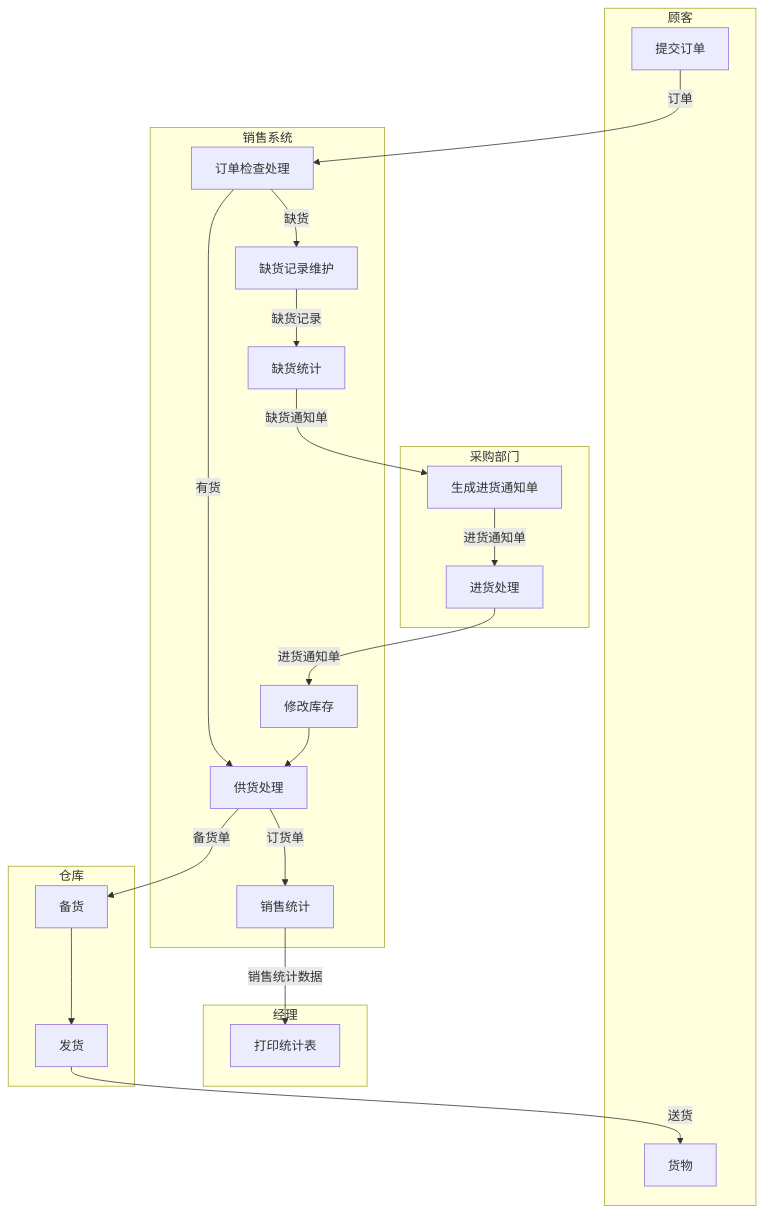
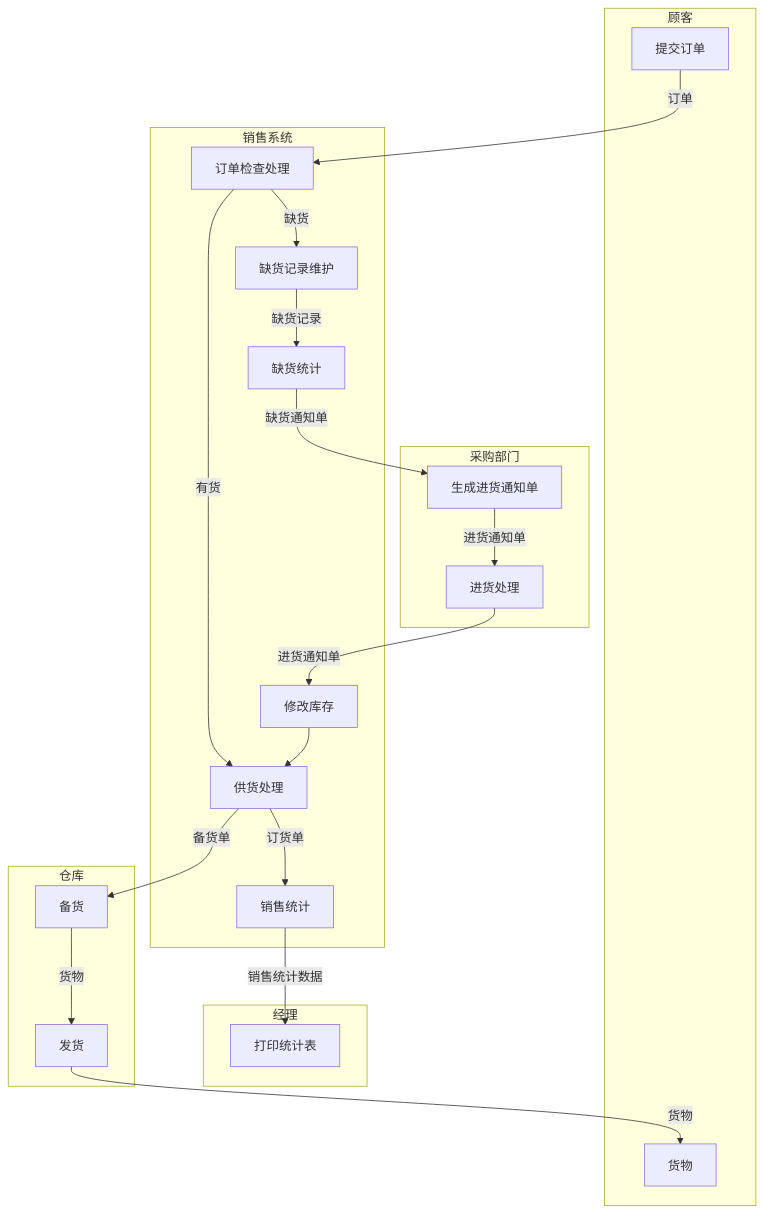
One commit to Clear-Love/Note changed the third of 4 diagrams in 软件工程/第三章.md. Above: the diagram before and after it, drawn with Mermaid. The commit also changed other lines of this file, not shown here.

````diff
--- a/软件工程/第三章.md
+++ b/软件工程/第三章.md
@@ -179,45 +179,45 @@
 ```mermaid
 flowchart TB
 
 subgraph 顾客
     A[提交订单]
     N[货物]
 end
 
 subgraph 销售系统
     B[订单检查处理]
     C[供货处理]
     D[缺货记录维护]
     E[销售统计]
     F[缺货统计]
     J[修改库存]
 end
 
 subgraph 采购部门
     G[生成进货通知单]
     H[进货处理]
 end
 
 subgraph 经理
     I[打印统计表]
 end
 
 subgraph 仓库
     L[备货]
     M[发货]
 end
 
 A -->|订单| B
 B -- 有货 --> C
 B -- 缺货 --> D
 D -- 缺货记录 --> F
 F -->|缺货通知单| G
 G -->|进货通知单| H
 H -->|进货通知单| J
 J --> C
 C -->|订货单| E
 E -->|销售统计数据| I
 C -->|备货单|L
-L -->M
-M -->|送货| N
+L -->|货物| M
+M -->|货物| N
 ```
````
